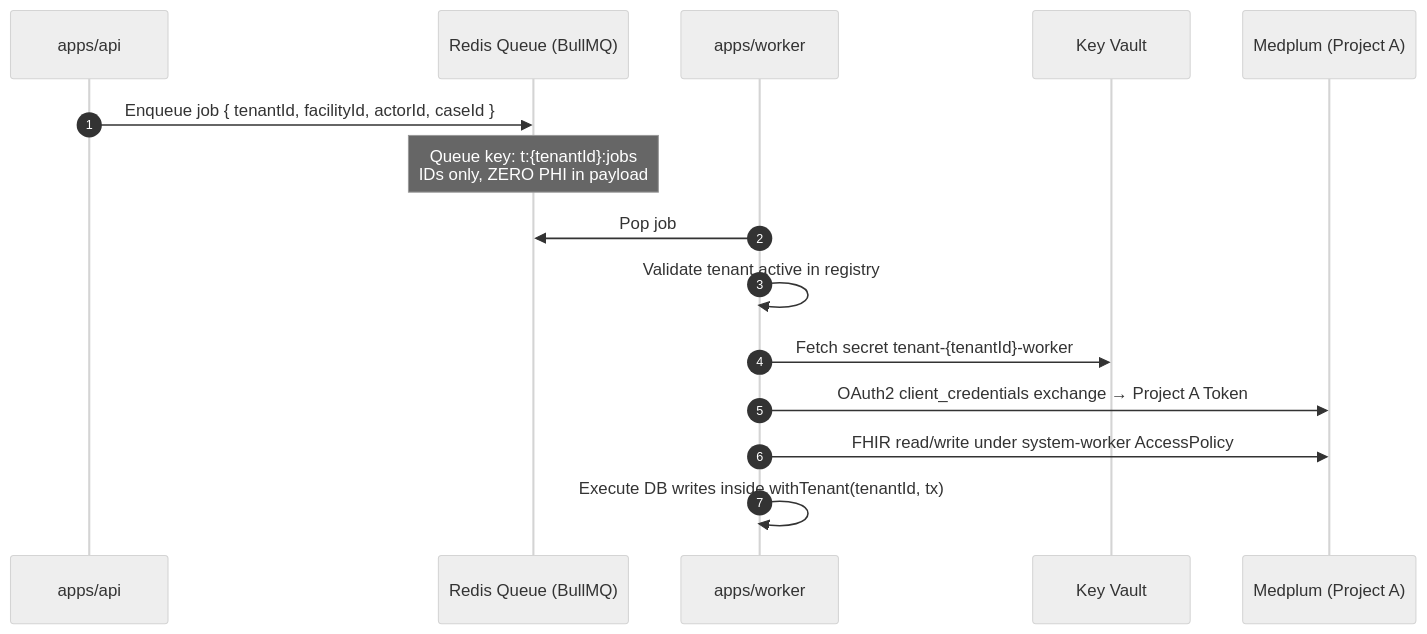
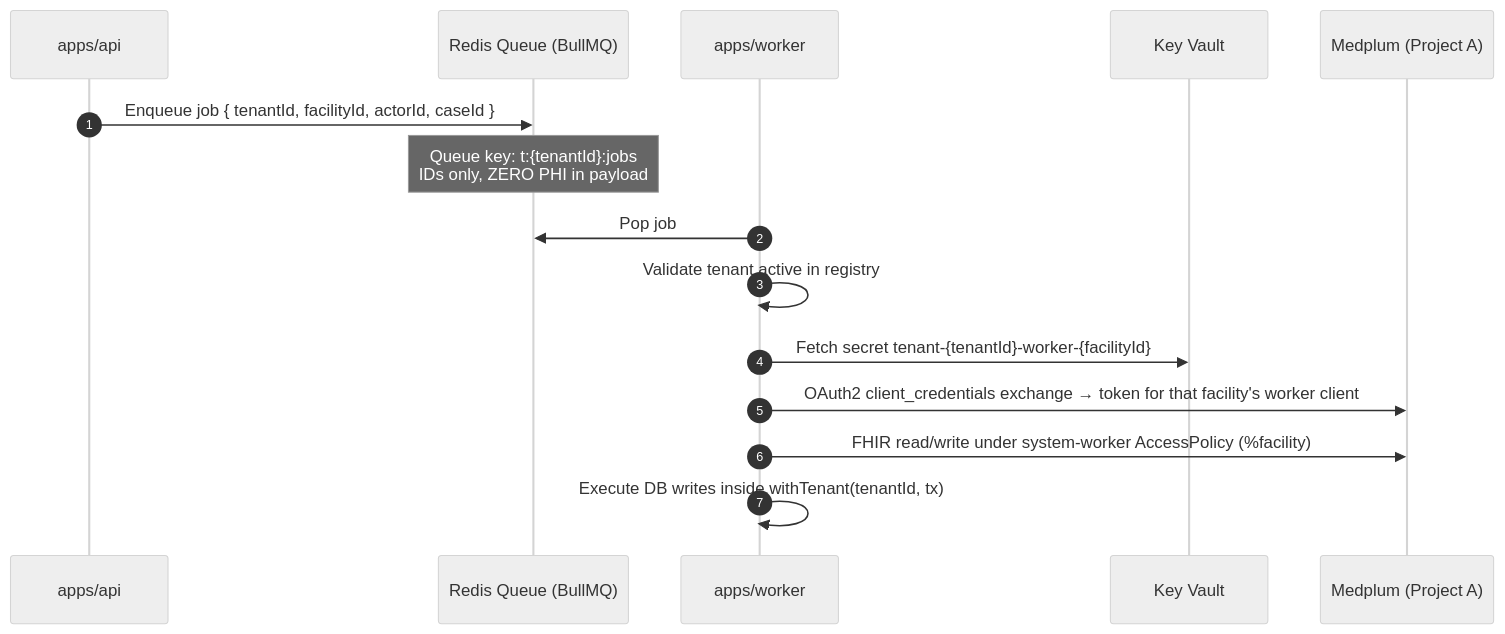
One commit to imRahul05/ASC-EHR changed the fourth of 4 diagrams in docs/product/future-multi-tenancy-architecture.md. Above: the diagram before and after it, drawn with Mermaid (neutral theme). The commit also changed other lines of this file and 10 other files, not shown here.

Commit message:
docs: per-facility worker clients (#60) and fail-closed audit (#52) across plan and identity design

````diff
--- a/docs/product/future-multi-tenancy-architecture.md
+++ b/docs/product/future-multi-tenancy-architecture.md
@@ -199,18 +199,18 @@
 ```mermaid
 sequenceDiagram
     autonumber
     participant A as apps/api
     participant Q as Redis Queue (BullMQ)
     participant W as apps/worker
     participant KV as Key Vault
     participant M as Medplum (Project A)
 
     A->>Q: Enqueue job { tenantId, facilityId, actorId, caseId }
     Note over Q: Queue key: t:{tenantId}:jobs<br/>IDs only, ZERO PHI in payload
     W->>Q: Pop job
     W->>W: Validate tenant active in registry
-    W->>KV: Fetch secret tenant-{tenantId}-worker
-    W->>M: OAuth2 client_credentials exchange → Project A Token
-    W->>M: FHIR read/write under system-worker AccessPolicy
+    W->>KV: Fetch secret tenant-{tenantId}-worker-{facilityId}
+    W->>M: OAuth2 client_credentials exchange → token for that facility's worker client
+    W->>M: FHIR read/write under system-worker AccessPolicy (%facility)
     W->>W: Execute DB writes inside withTenant(tenantId, tx)
 ```
````
